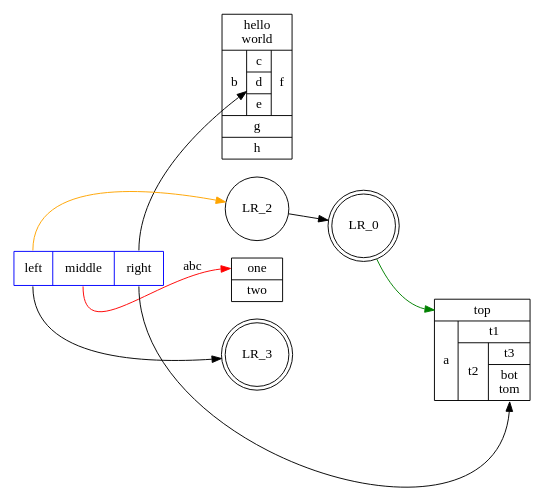
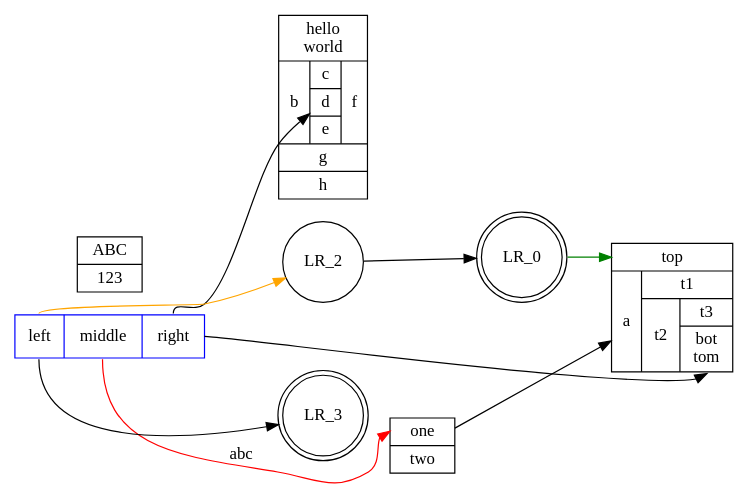
The diagram in basic-docs/structs_revisited.gv (MrAtaraxia/LoveLetter), drawn with Graphviz before and after one commit. The commit also changed 10 other files, not shown here.

```diff
--- a/basic-docs/structs_revisited.gv
+++ b/basic-docs/structs_revisited.gv
@@ -1,19 +1,22 @@
 digraph structs {
+	rankdir=LR size="8,5"
 	node [shape=record]
-	struct1 [label="{<f0> left|<f1> middle|<f2> right}" color=Blue]
 	struct2 [label="<f0> one|<f1> two"]
 	struct4 [label="<top>top|{a| {t1|{t2|{t3|<f1>bot\ntom}}}}"]
 	struct3 [label="hello\nworld |{ b |{c|<here> d|e}| f}| g | h"]
+	struct1 [label="{<f0> left|<f1> middle|<f2> right}" color=Blue]
 	struct1:f1 -> struct2:f0 [label=abc color=Red]
 	struct1:f2 -> struct3:here
 	struct1:f2 -> struct4:f1
-	rankdir=LR size="8,5"
+	struct2 -> struct4
 	node [shape=doublecircle]
 	LR_0
 	LR_3
 	node [shape=circle]
 	struct1:f0 -> LR_2 [color=Orange]
 	struct1:f0 -> LR_3
 	LR_2 -> LR_0
 	LR_0 -> struct4:top [color=Green]
+	node [shape=record]
+	struct5 [label="<f0> ABC|<f1> 123"]
 }
```
